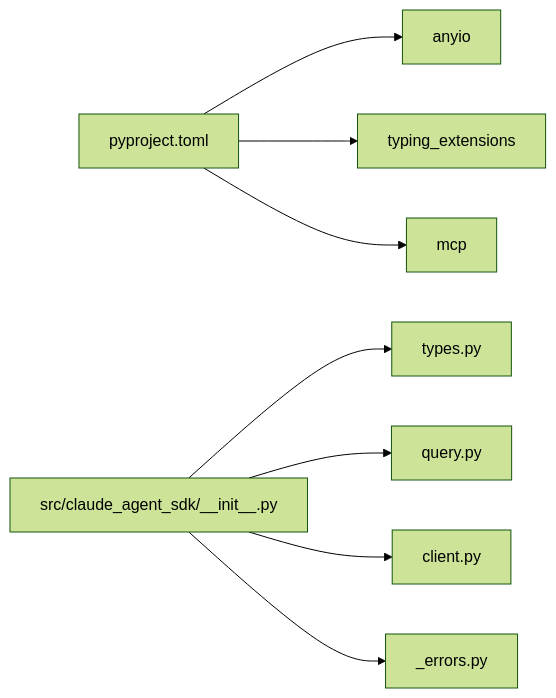
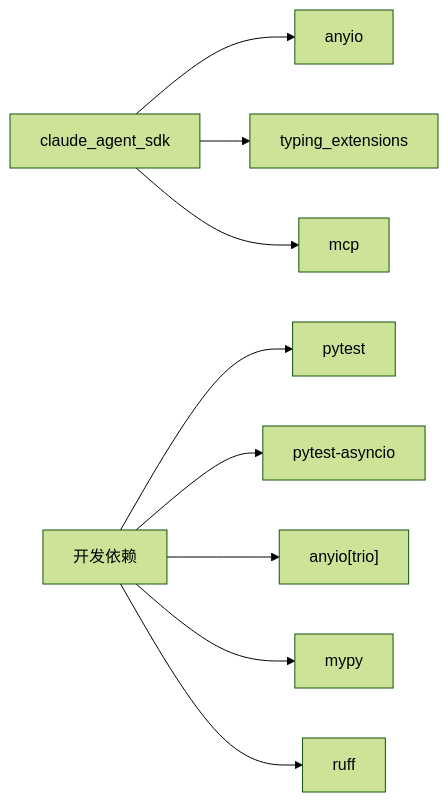
Before and after one commit to defulat-coder/claude-agent-sdk-python: the third of 3 diagrams in .qoder/repowiki/zh/content/快速开始.md, drawn with Mermaid (forest theme). The commit also changed other lines of this file and 77 other files, not shown here.

````diff
--- a/.qoder/repowiki/zh/content/快速开始.md
+++ b/.qoder/repowiki/zh/content/快速开始.md
@@ -192,10 +180,11 @@
 ```mermaid
 graph LR
-P["pyproject.toml"] --> D1["anyio"]
-P --> D2["typing_extensions"]
-P --> D3["mcp"]
-S["src/claude_agent_sdk/__init__.py"] --> T["types.py"]
-S --> Q["query.py"]
-S --> C["client.py"]
-S --> E["_errors.py"]
+SDK["claude_agent_sdk"] --> ANYIO["anyio"]
+SDK --> TYPING["typing_extensions"]
+SDK --> MCP["mcp"]
+DEV["开发依赖"] --> PYTEST["pytest"]
+DEV --> ASYNCIO["pytest-asyncio"]
+DEV --> TRIO["anyio[trio]"]
+DEV --> MY["mypy"]
+DEV --> RUFF["ruff"]
 ```
````
